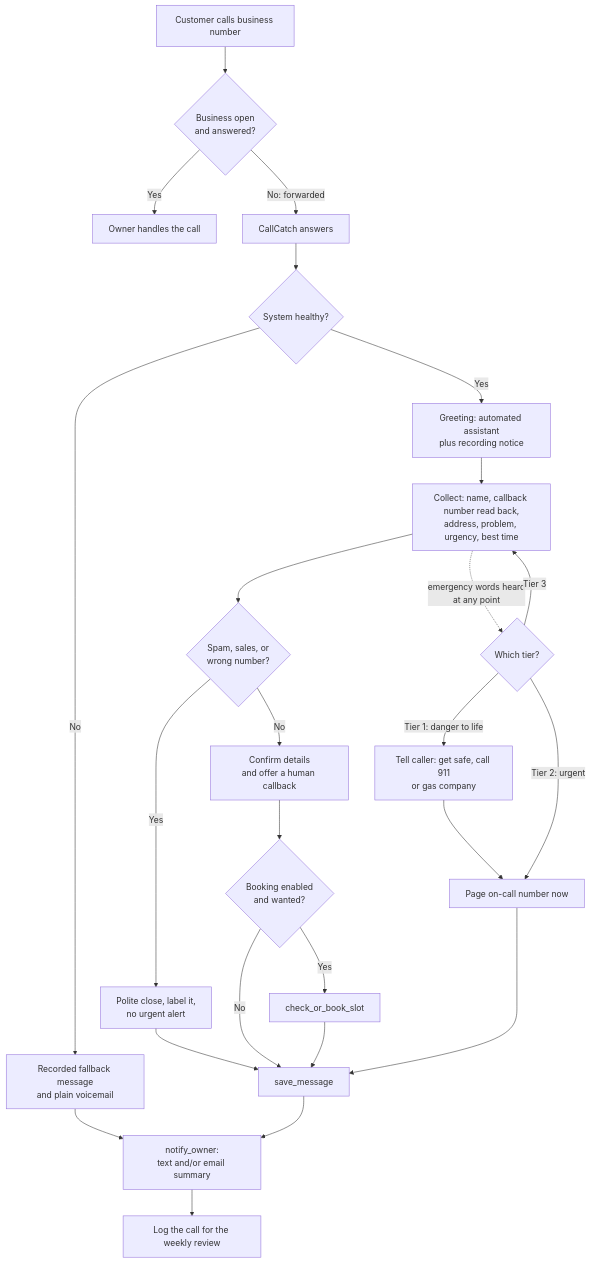
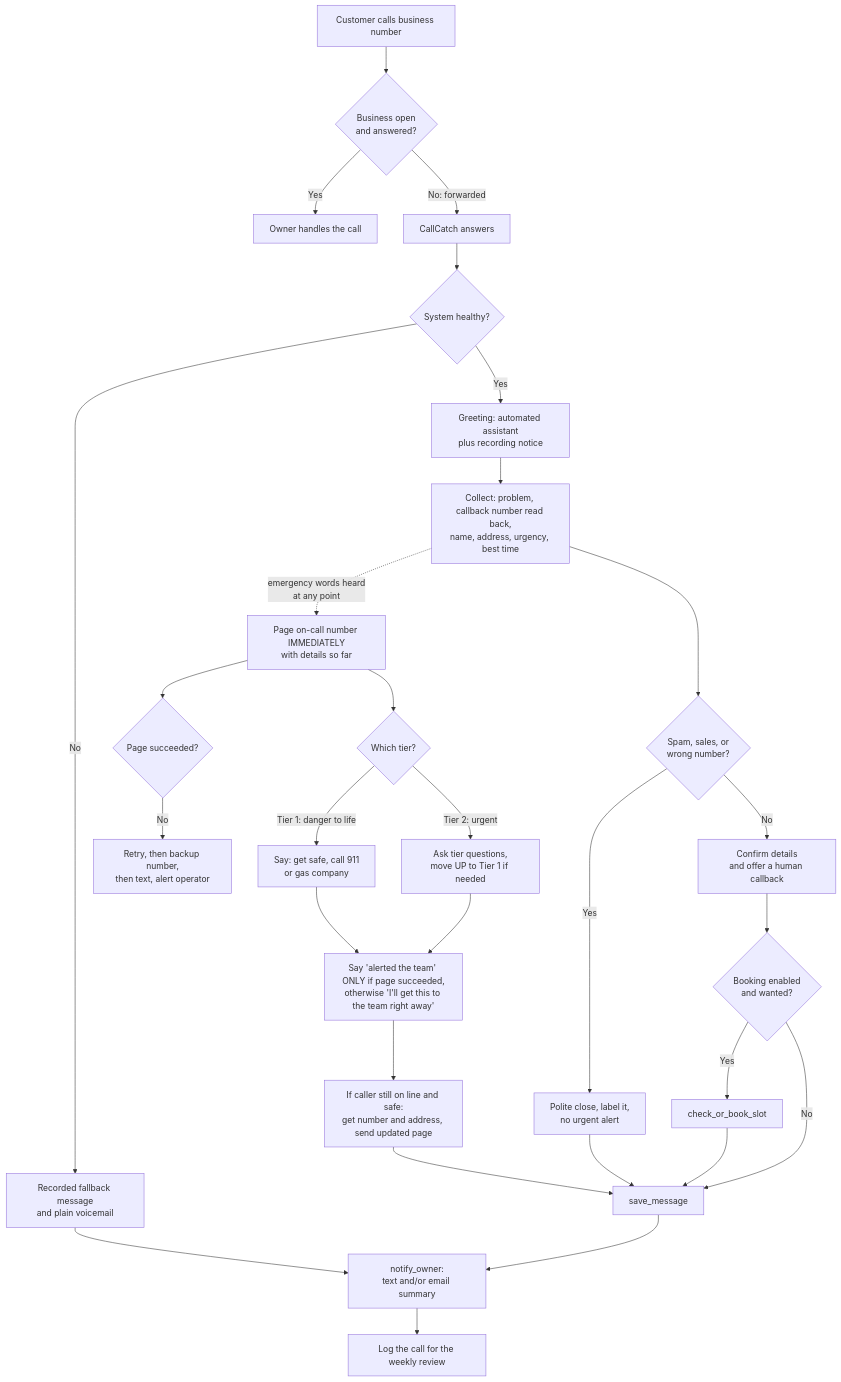
Before and after one commit to TushaeBXN/callcatch: the diagram in docs/call-flow.md, drawn with Mermaid. The commit also changed other lines of this file, not shown here.

First line of the commit message:
Phase 2: revise greetings, collection order, and emergency handling

````diff
--- a/docs/call-flow.md
+++ b/docs/call-flow.md
@@ -283,24 +372,29 @@
 ```mermaid
 flowchart TD
     A[Customer calls business number] --> B{Business open<br>and answered?}
     B -- Yes --> Z[Owner handles the call]
     B -- No: forwarded --> C[CallCatch answers]
     C --> D{System healthy?}
     D -- No --> V[Recorded fallback message<br>and plain voicemail] --> N
     D -- Yes --> E[Greeting: automated assistant<br>plus recording notice]
-    E --> F[Collect: name, callback number read back,<br>address, problem, urgency, best time]
-    F -. emergency words heard<br>at any point .-> G{Which tier?}
-    G -- Tier 1: danger to life --> H[Tell caller: get safe, call 911<br>or gas company] --> P[Page on-call number now]
-    G -- Tier 2: urgent --> P
-    G -- Tier 3 --> F
+    E --> F[Collect: problem, callback number read back,<br>name, address, urgency, best time]
+    F -. emergency words heard<br>at any point .-> P[Page on-call number IMMEDIATELY<br>with details so far]
+    P --> PF{Page succeeded?}
+    PF -- No --> PR[Retry, then backup number,<br>then text, alert operator]
+    P --> G{Which tier?}
+    G -- Tier 1: danger to life --> H[Say: get safe, call 911<br>or gas company]
+    G -- Tier 2: urgent --> H2[Ask tier questions,<br>move UP to Tier 1 if needed]
+    H --> S[Say 'alerted the team' ONLY if page succeeded,<br>otherwise 'I'll get this to the team right away']
+    H2 --> S
+    S --> U[If caller still on line and safe:<br>get number and address, send updated page]
+    U --> L
     F --> I{Spam, sales, or<br>wrong number?}
     I -- Yes --> J[Polite close, label it,<br>no urgent alert] --> L
     I -- No --> K[Confirm details<br>and offer a human callback]
     K --> Q{Booking enabled<br>and wanted?}
     Q -- Yes --> R[check_or_book_slot]
     Q -- No --> L
     R --> L[save_message]
-    P --> L
     L --> N[notify_owner:<br>text and/or email summary]
     N --> O[Log the call for the weekly review]
 ```
````
